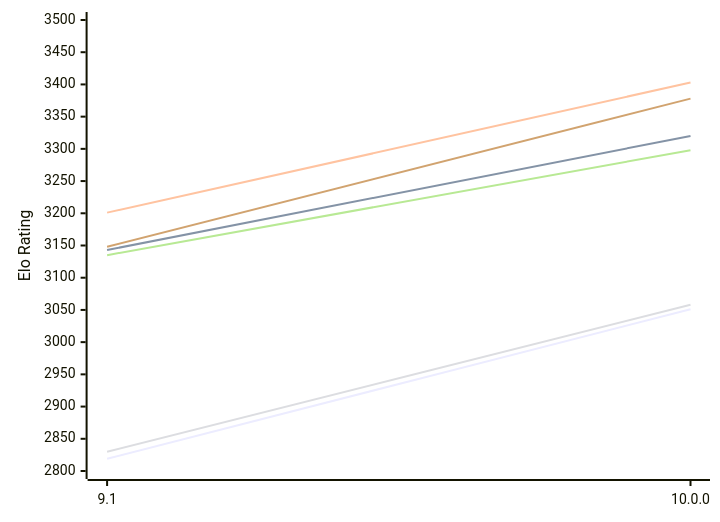
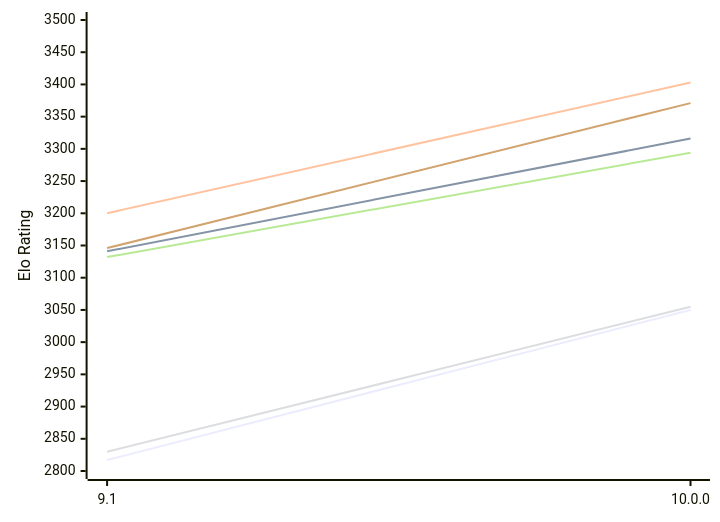
One commit to computer-chess-index/cci changed the first of 2 diagrams in engines/Pea.md. Above: the diagram before and after it, drawn with Mermaid. The commit also changed other lines of this file, not shown here.

Commit message:
Update CCI Ratings (ELO VLTC) - 2026-11-19

````diff
--- a/engines/Pea.md
+++ b/engines/Pea.md
@@ -58,12 +58,12 @@
 ```mermaid
 %%{init: {"theme":"base","themeVariables":{"seriesColors:['#a3a3a3','#222221','#faa371']}}}%%
 xychart-beta
   x-axis ["9.1", "10.0.0"]
   y-axis "Elo Rating" 2800 --> 3500
-  line "E1: STC (8.0+0.08s)" [2819, 3051]
-  line "E1: LTC (60.0+0.60s)" [3143, 3320]
-  line "E1: VLTC (2m24s+1.12s)" [3201, 3403]
-  line "P1: STC (8.0+0.08s)" [2830, 3058]
-  line "P1: LTC (60.0+0.60s)" [3135, 3298]
-  line "P1: VLTC (2m24s+1.12s)" [3148, 3378]
+  line "E1: STC (8.0+0.08s)" [2817, 3050]
+  line "E1: LTC (60.0+0.60s)" [3141, 3316]
+  line "E1: VLTC (2m24s+1.12s)" [3200, 3403]
+  line "P1: STC (8.0+0.08s)" [2830, 3055]
+  line "P1: LTC (60.0+0.60s)" [3132, 3294]
+  line "P1: VLTC (2m24s+1.12s)" [3146, 3371]
 ```
````
